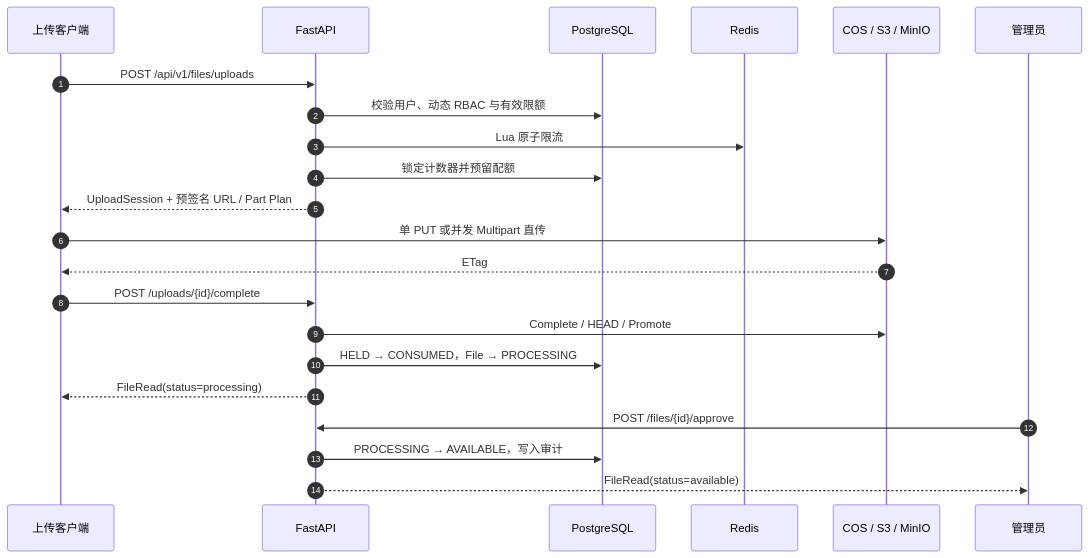
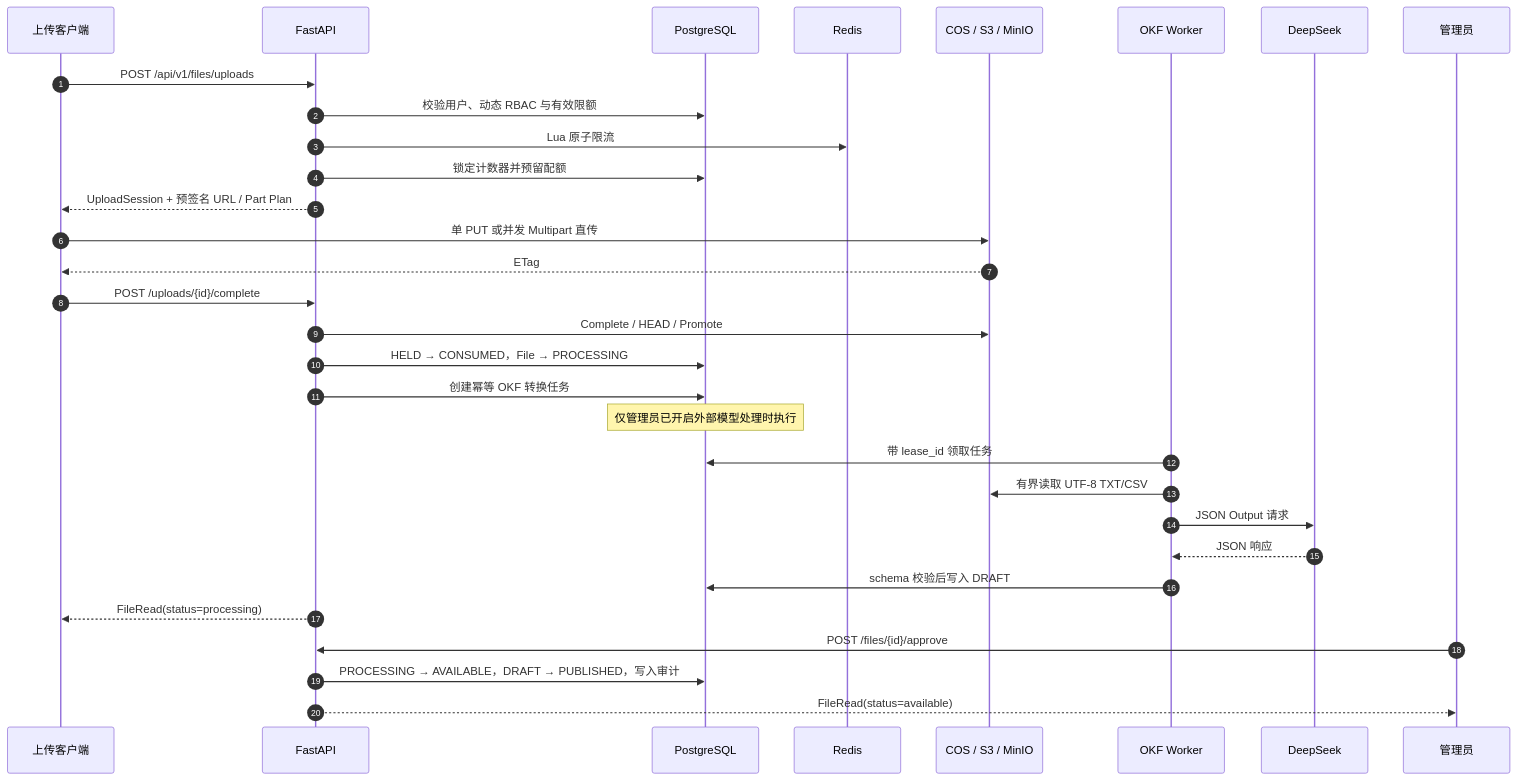
One commit to SuperGokou/knowledgebases changed the second of 2 diagrams in README.md. Above: the diagram before and after it, drawn with Mermaid. The commit also changed other lines of this file and 43 other files, not shown here.

Commit message:
add branded OKF DeepSeek ingestion

````diff
--- a/README.md
+++ b/README.md
@@ -98,25 +108,34 @@
 ```mermaid
 sequenceDiagram
     autonumber
     participant C as 上传客户端
     participant A as FastAPI
     participant D as PostgreSQL
     participant R as Redis
     participant O as COS / S3 / MinIO
+    participant W as OKF Worker
+    participant L as DeepSeek
     participant M as 管理员
 
     C->>A: POST /api/v1/files/uploads
     A->>D: 校验用户、动态 RBAC 与有效限额
     A->>R: Lua 原子限流
     A->>D: 锁定计数器并预留配额
     A-->>C: UploadSession + 预签名 URL / Part Plan
     C->>O: 单 PUT 或并发 Multipart 直传
     O-->>C: ETag
     C->>A: POST /uploads/{id}/complete
     A->>O: Complete / HEAD / Promote
     A->>D: HELD → CONSUMED，File → PROCESSING
+    A->>D: 创建幂等 OKF 转换任务
+    Note over D: 仅管理员已开启外部模型处理时执行
+    W->>D: 带 lease_id 领取任务
+    W->>O: 有界读取 UTF-8 TXT/CSV
+    W->>L: JSON Output 请求
+    L-->>W: JSON 响应
+    W->>D: schema 校验后写入 DRAFT
     A-->>C: FileRead(status=processing)
     M->>A: POST /files/{id}/approve
-    A->>D: PROCESSING → AVAILABLE，写入审计
+    A->>D: PROCESSING → AVAILABLE，DRAFT → PUBLISHED，写入审计
     A-->>M: FileRead(status=available)
 ```
````
